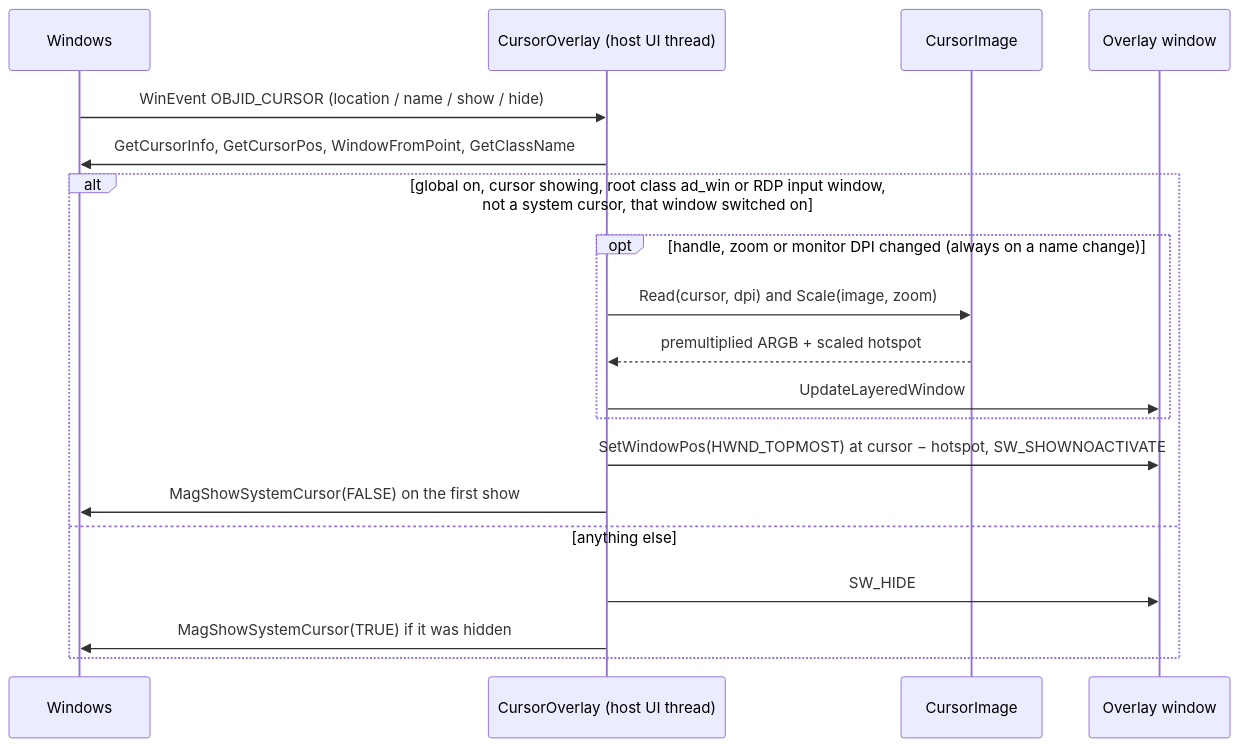
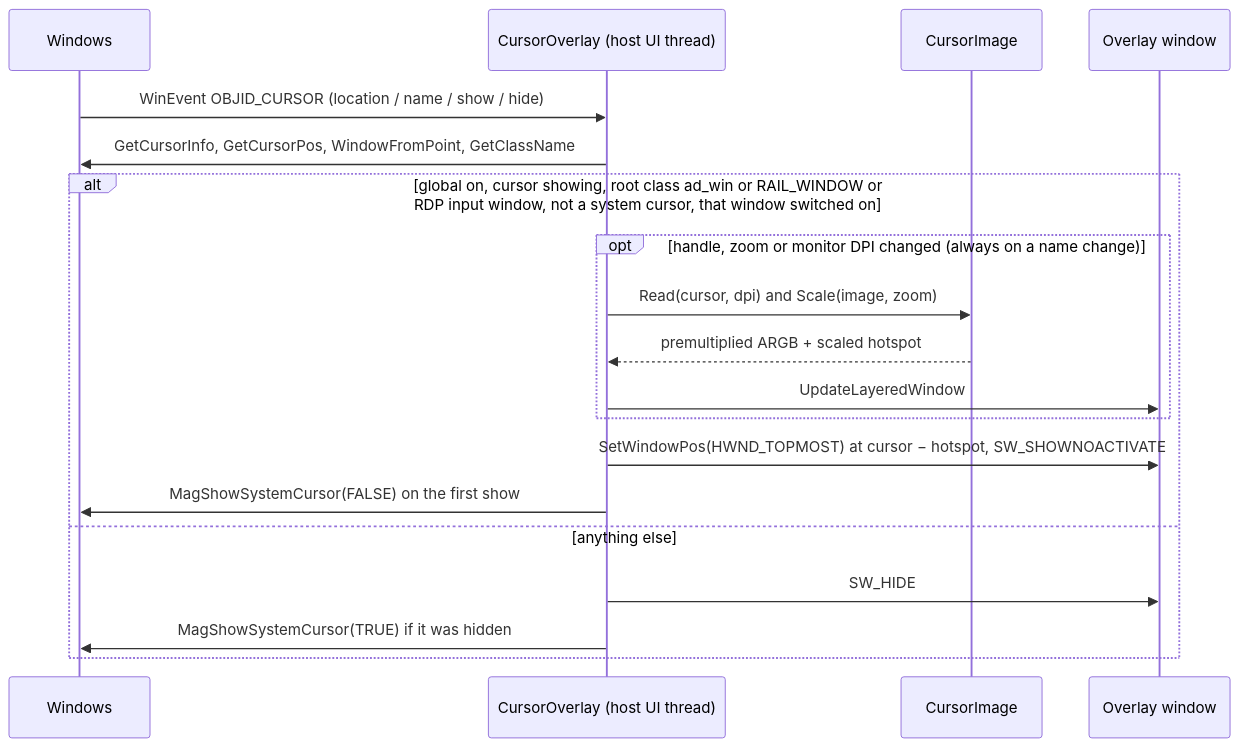
The second of 2 diagrams in docs/Architecture.md (motwok/DeGhoster), drawn with Mermaid before and after one commit. The commit also changed other lines of this file and 8 other files, not shown here.

First line of the commit message:
feat: enlarge the remote cursor in WSLg RemoteApp windows (RAIL_WINDOW)

````diff
--- a/docs/Architecture.md
+++ b/docs/Architecture.md
@@ -224,21 +228,21 @@
 ```mermaid
 sequenceDiagram
     participant W as Windows
     participant O as CursorOverlay (host UI thread)
     participant I as CursorImage
     participant V as Overlay window
     W->>O: WinEvent OBJID_CURSOR (location / name / show / hide)
     O->>W: GetCursorInfo, GetCursorPos, WindowFromPoint, GetClassName
-    alt global on, cursor showing, root class ad_win or RDP input window, not a system cursor, that window switched on
+    alt global on, cursor showing, root class ad_win or RAIL_WINDOW or RDP input window, not a system cursor, that window switched on
         opt handle, zoom or monitor DPI changed (always on a name change)
             O->>I: Read(cursor, dpi) and Scale(image, zoom)
             I-->>O: premultiplied ARGB + scaled hotspot
             O->>V: UpdateLayeredWindow
         end
         O->>V: SetWindowPos(HWND_TOPMOST) at cursor − hotspot, SW_SHOWNOACTIVATE
         O->>W: MagShowSystemCursor(FALSE) on the first show
     else anything else
         O->>V: SW_HIDE
         O->>W: MagShowSystemCursor(TRUE) if it was hidden
     end
 ```
````
